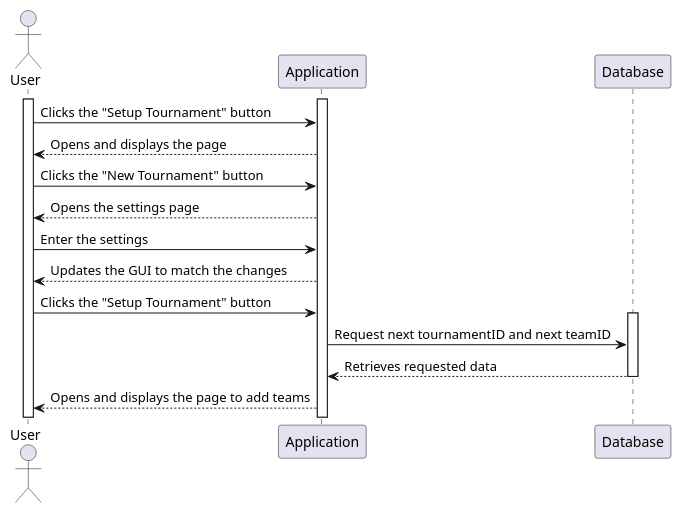
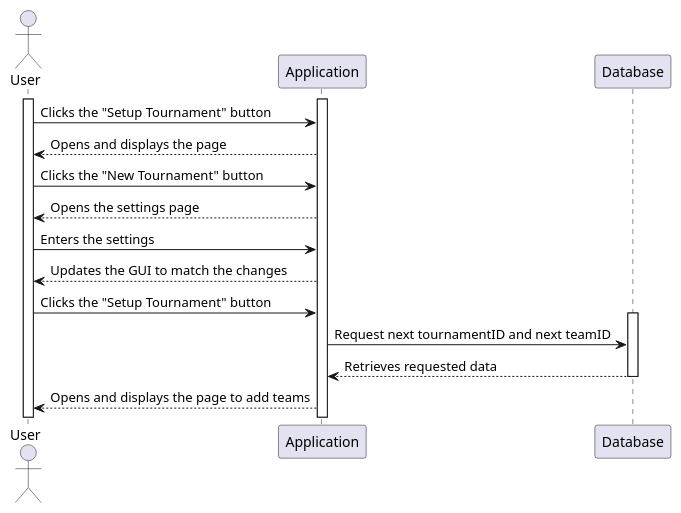
The diagram in ProjektUML/SequencediagramUserAppData/sequence_diagram_configureSettings.wsd (itzMesh/DCST1008-Prosjekt), drawn with PlantUML before and after one commit. The commit also changed 5 other files, not shown here.

Commit message:
more uml typos

```diff
--- a/ProjektUML/SequencediagramUserAppData/sequence_diagram_configureSettings.wsd
+++ b/ProjektUML/SequencediagramUserAppData/sequence_diagram_configureSettings.wsd
@@ -1,25 +1,25 @@
 @startuml ConfigureSettings
 
 actor User as U
 participant Application as A
 participant Database as D
 
 activate U
 activate A
 
 U->A: Clicks the "Setup Tournament" button
 A-->U: Opens and displays the page
 U->A: Clicks the "New Tournament" button
 A-->U: Opens the settings page
-U->A: Enter the settings
+U->A: Enters the settings
 A-->U: Updates the GUI to match the changes
 U->A: Clicks the "Setup Tournament" button
 activate D
 A->D: Request next tournamentID and next teamID
 D-->A: Retrieves requested data
 deactivate D
 A-->U: Opens and displays the page to add teams
 
 
 
 @enduml
```
